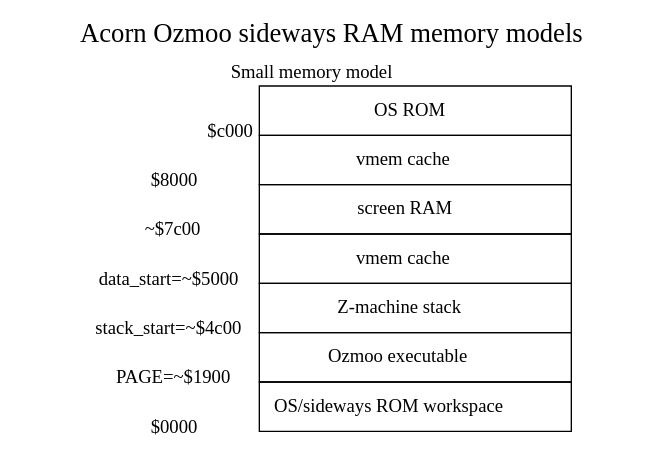
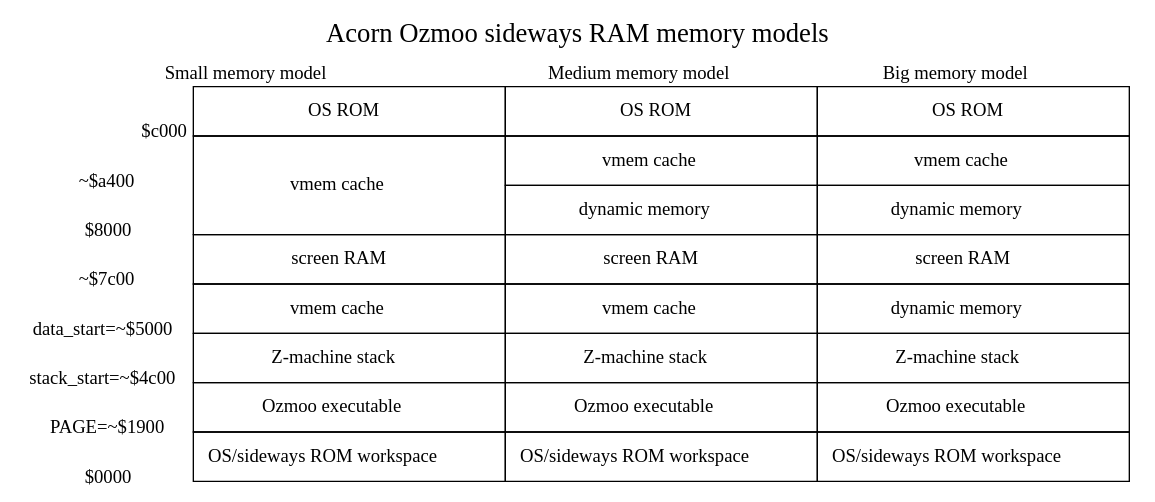
One commit to ZornsLemma/ozmoo changed the diagram in documentation/techdocs/swr-memory-models.dot. Above: the diagram before and after it, drawn with Graphviz.

Commit message:
WIP SWR memory model diagram

```diff
--- a/documentation/techdocs/swr-memory-models.dot
+++ b/documentation/techdocs/swr-memory-models.dot
@@ -1,43 +1,64 @@
 digraph memory {
     graph [nodesep=1, label="Acorn Ozmoo sideways RAM memory models", fontsize=20, labelloc=t];
     forcelabels=true;
     node [shape=plaintext];
 
     small [label=<
     <table border="0" cellspacing="0">
         <tr>
             <td colspan="2" border="0">Small memory model</td>
+            <td colspan="1" border="0">Medium memory model</td>
+	    <td colspan="1" border="0">Big memory model</td>
         </tr>
         <tr>
             <td align="text" valign="bottom"><sub>$c000</sub><br align="right" /></td>
             <td border="1" cellpadding="10">OS ROM</td>
+            <td border="1" cellpadding="10">OS ROM</td>
+	    <td border="1" cellpadding="10">OS ROM</td>
         </tr>
+	<tr>
+	    <td valign="bottom"><sub>~$a400</sub></td>
+	    <td border="1" rowspan="2" cellpadding="10">vmem cache</td>
+	    <td border="1" cellpadding="10">vmem cache</td>
+	    <td border="1" cellpadding="10">vmem cache</td>
+	</tr>
         <tr>
             <td valign="bottom"><sub>$8000</sub></td>
-            <td border="1" cellpadding="10">vmem cache</td>
+	    <td border="1" cellpadding="10">dynamic memory</td>
+	    <td border="1" cellpadding="10">dynamic memory</td>
         </tr>
         <tr>
             <td valign="bottom"><sub>~$7c00</sub></td>
+            <td border="1" cellpadding="10">screen RAM</td>
+            <td border="1" cellpadding="10">screen RAM</td>
             <td border="1" cellpadding="10">screen RAM</td>
         </tr>
         <tr>
             <td valign="bottom"><sub>data_start=~$5000</sub></td>
             <td border="1" cellpadding="10">vmem cache</td>
+            <td border="1" cellpadding="10">vmem cache</td>
+            <td border="1" cellpadding="10">dynamic memory</td>
         </tr>
         <tr>
             <td valign="bottom"><sub>stack_start=~$4c00</sub></td>
+            <td border="1" cellpadding="10">Z-machine stack</td>
+            <td border="1" cellpadding="10">Z-machine stack</td>
             <td border="1" cellpadding="10">Z-machine stack</td>
         </tr>
         <tr>
             <td valign="bottom"><sub>PAGE=~$1900</sub></td>
             <td border="1" cellpadding="10">Ozmoo executable</td>
+            <td border="1" cellpadding="10">Ozmoo executable</td>
+            <td border="1" cellpadding="10">Ozmoo executable</td>
         </tr>
         <tr>
             <td valign="bottom"><sub>$0000</sub></td>
+            <td border="1" cellpadding="10">OS/sideways ROM workspace</td>
+            <td border="1" cellpadding="10">OS/sideways ROM workspace</td>
             <td border="1" cellpadding="10">OS/sideways ROM workspace</td>
         </tr>
     </table>>];
 
 }
 
 # vi: sw=4 sts=4
```
